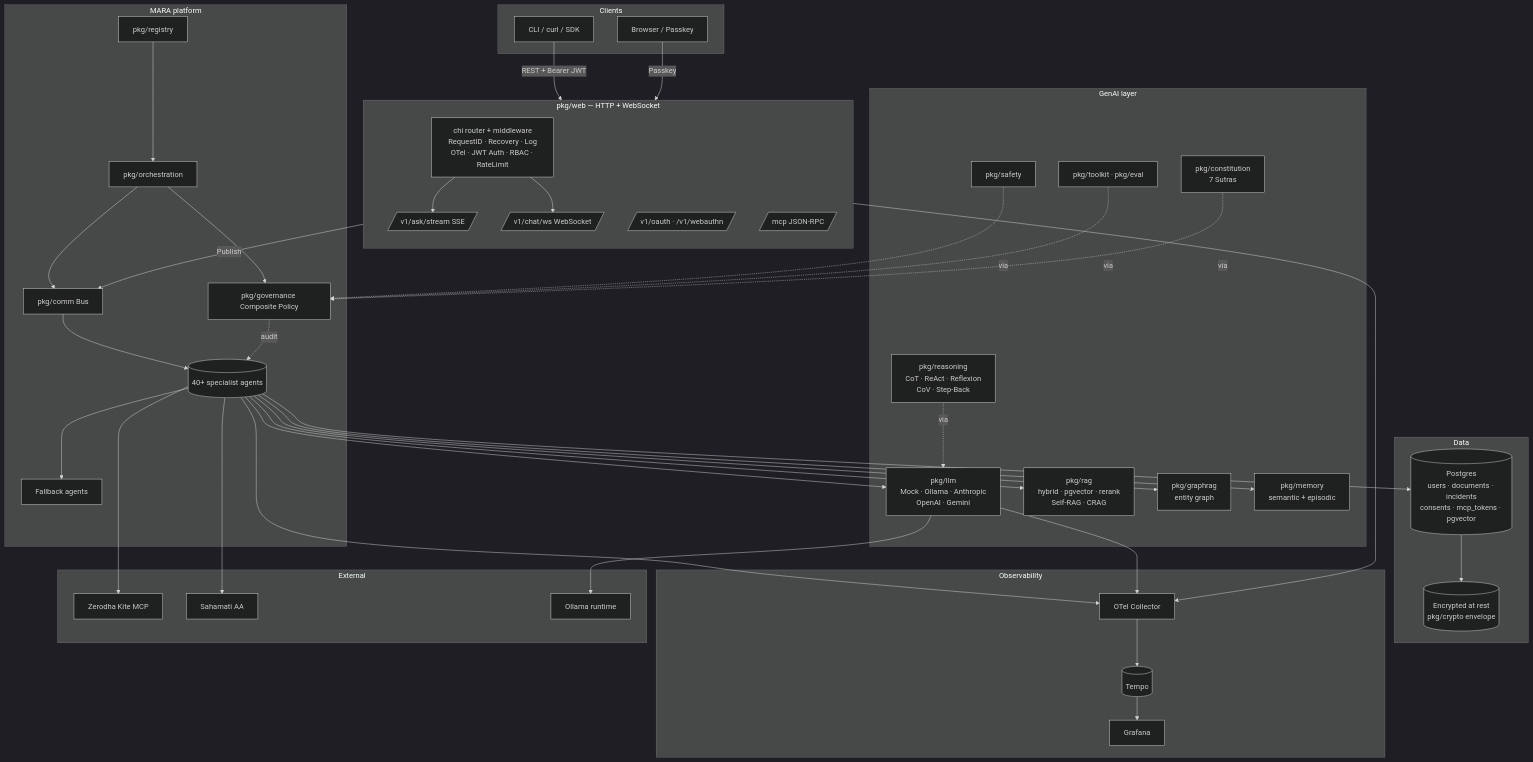
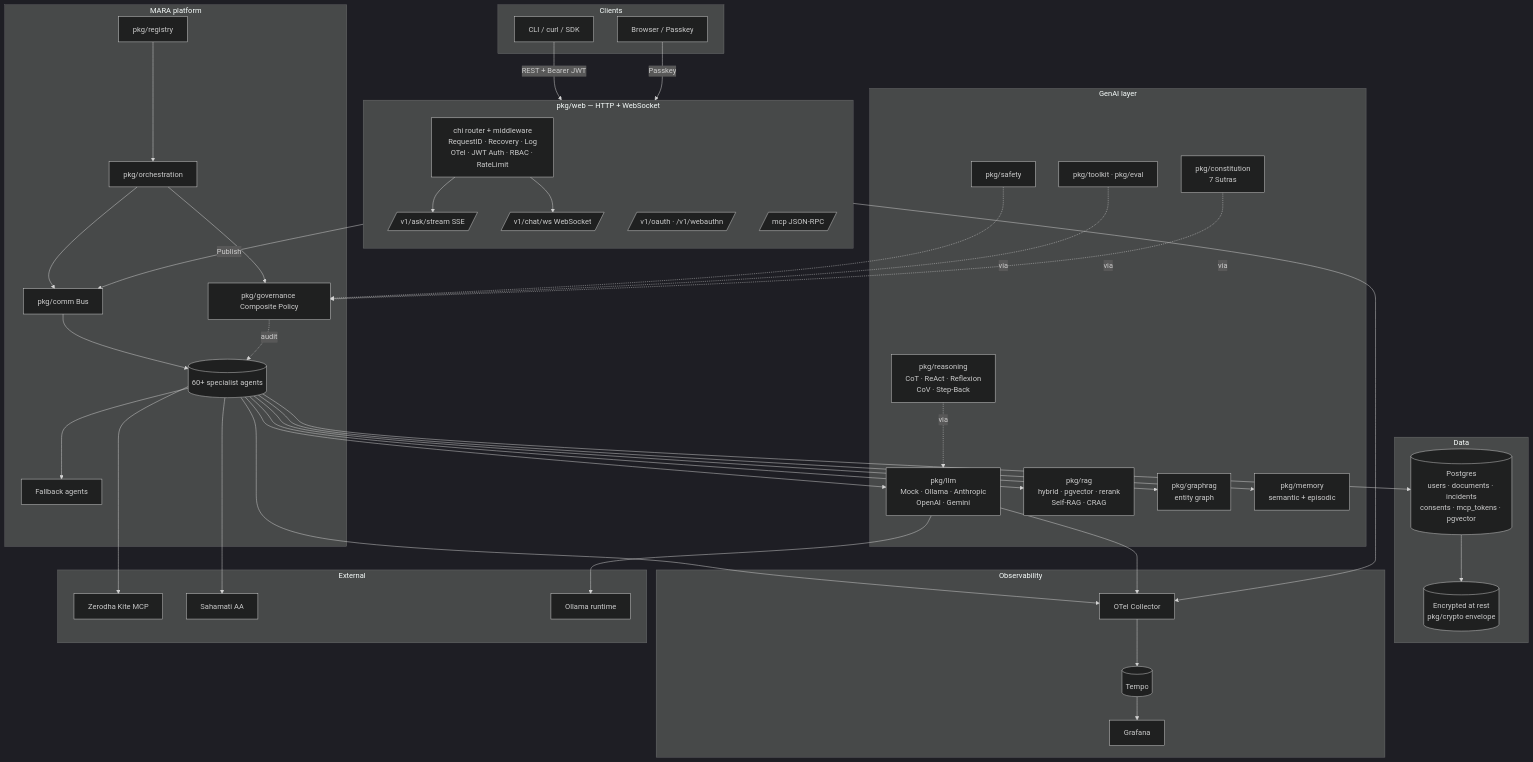
The first of 22 diagrams in README.md (c2siorg/genie), drawn with Mermaid (dark theme) before and after one commit. The commit also changed other lines of this file and 45 other files, not shown here.

````diff
--- a/README.md
+++ b/README.md
@@ -78,82 +81,82 @@
 ```mermaid
 flowchart TB
     subgraph Clients
         UA[CLI / curl / SDK]
         BR[Browser / Passkey]
     end
 
     subgraph Edge["pkg/web — HTTP + WebSocket"]
         direction TB
         MW[chi router + middleware<br/>RequestID · Recovery · Log<br/>OTel · JWT Auth · RBAC · RateLimit]
         SSE[/v1/ask/stream SSE/]
         WS[/v1/chat/ws WebSocket/]
         OAUTH[/v1/oauth · /v1/webauthn/]
         MCPEP[/mcp JSON-RPC/]
     end
 
     subgraph Platform["MARA platform"]
         ORCH[pkg/orchestration]
         BUS[pkg/comm Bus]
         REG[pkg/registry]
         POL[pkg/governance Composite Policy]
-        AGENTS[(40+ specialist agents)]
+        AGENTS[(60+ specialist agents)]
         FB[Fallback agents]
         ORCH --> BUS
         ORCH --> POL
         REG --> ORCH
         BUS --> AGENTS
         AGENTS --> FB
     end
 
     subgraph AI["GenAI layer"]
         LLM[pkg/llm<br/>Mock · Ollama · Anthropic<br/>OpenAI · Gemini]
         RAG[pkg/rag<br/>hybrid · pgvector · rerank<br/>Self-RAG · CRAG]
         GRAG[pkg/graphrag<br/>entity graph]
         REAS[pkg/reasoning<br/>CoT · ReAct · Reflexion<br/>CoV · Step-Back]
         MEM[pkg/memory<br/>semantic + episodic]
         CONST[pkg/constitution<br/>7 Sutras]
         TOOL[pkg/toolkit · pkg/eval]
         SAFE[pkg/safety]
     end
 
     subgraph Data
         PG[(Postgres<br/>users · documents · incidents<br/>consents · mcp_tokens · pgvector)]
         VAULT[(Encrypted at rest<br/>pkg/crypto envelope)]
     end
 
     subgraph Observability
         OTLP[OTel Collector]
         TEMPO[(Tempo)]
         GRAF[Grafana]
         OTLP --> TEMPO --> GRAF
     end
 
     subgraph External
         KITE[Zerodha Kite MCP]
         AA[Sahamati AA]
         OLLAMA[Ollama runtime]
     end
 
     UA -->|REST + Bearer JWT| MW
     BR -->|Passkey| OAUTH
     MW --> SSE
     MW --> WS
     MW -->|Publish| BUS
     AGENTS --> LLM
     AGENTS --> RAG
     AGENTS --> GRAG
     AGENTS --> MEM
     LLM --> OLLAMA
     AGENTS --> KITE
     AGENTS --> AA
     AGENTS --> PG
     PG --> VAULT
     AGENTS --> OTLP
     MW --> OTLP
     LLM --> OTLP
     POL -.audit.-> AGENTS
     REAS -.via.-> LLM
     SAFE -.via.-> POL
     TOOL -.via.-> POL
     CONST -.via.-> POL
 ```
````
